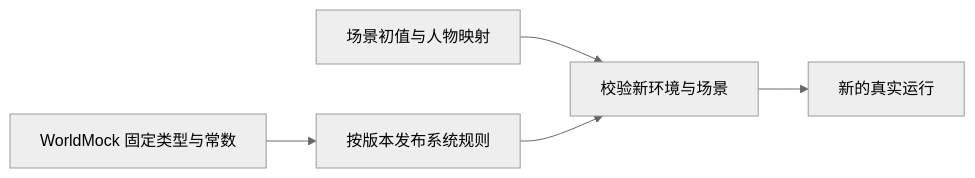
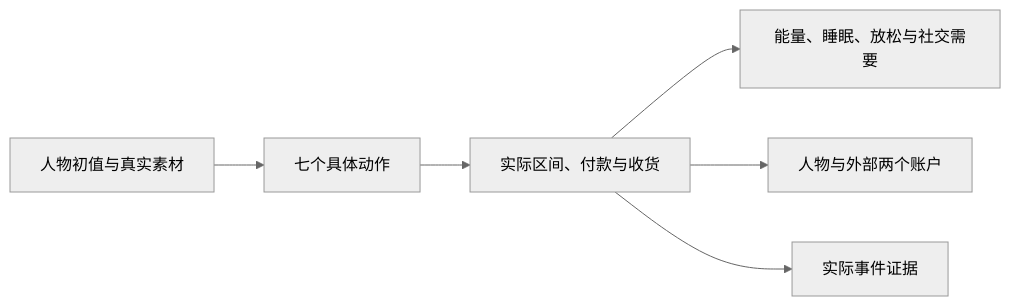
One commit to HoldThatThgt/WorldMock changed the diagram in docs/manual/rules.md. Above: the diagram before and after it, drawn with Mermaid (neutral theme). The commit also changed other lines of this file and 577 other files, not shown here.

````diff
--- a/docs/manual/rules.md
+++ b/docs/manual/rules.md
@@ -8,7 +6,8 @@
 ```mermaid
 flowchart LR
-    W[WorldMock 固定类型与常数] --> R[按版本发布系统规则]
-    S[场景初值与人物映射] --> V[校验新环境与场景]
-    R --> V
-    V --> E[新的真实运行]
+    Input[人物初值与真实素材] --> Actions[七个具体动作]
+    Actions --> Settlement[实际区间、付款与收货]
+    Settlement --> Body[能量、睡眠、放松与社交需要]
+    Settlement --> Accounts[人物与外部两个账户]
+    Settlement --> Evidence[实际事件证据]
 ```
````
